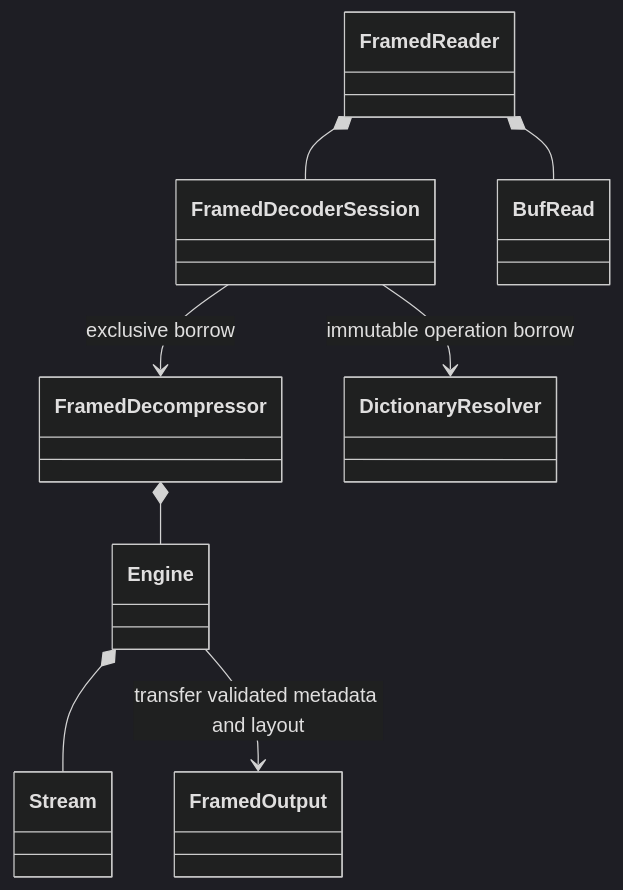
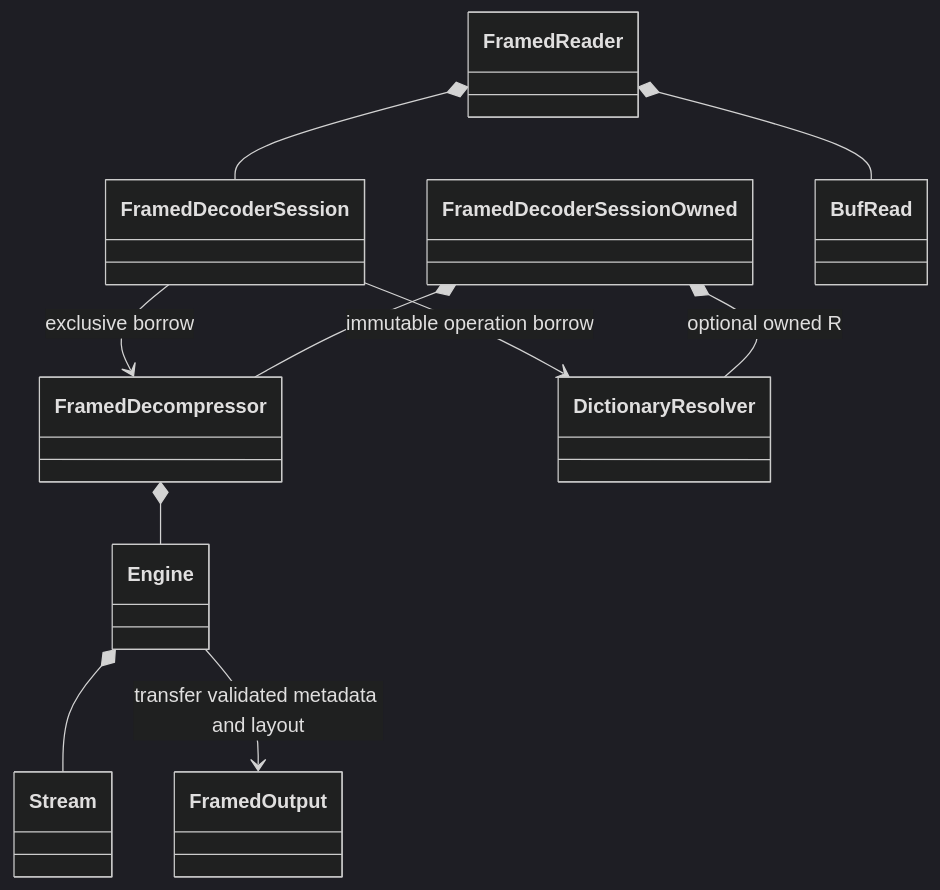
Before and after one commit to Mnwa/mbrotli: the third of 4 diagrams in architecture/framed-decoder.md, drawn with Mermaid (dark theme). The commit also changed other lines of this file and 13 other files, not shown here.

Commit message:
Add framed sessions owned

````diff
--- a/architecture/framed-decoder.md
+++ b/architecture/framed-decoder.md
@@ -84,10 +89,12 @@
 ```mermaid
 classDiagram
     FramedDecompressor *-- Engine
     Engine *-- Stream
     FramedDecoderSession --> FramedDecompressor : exclusive borrow
     FramedDecoderSession --> DictionaryResolver : immutable operation borrow
+    FramedDecoderSessionOwned *-- FramedDecompressor
+    FramedDecoderSessionOwned *-- DictionaryResolver : optional owned R
     FramedReader *-- FramedDecoderSession
     FramedReader *-- BufRead
     Engine --> FramedOutput : transfer validated metadata and layout
 ```
````
